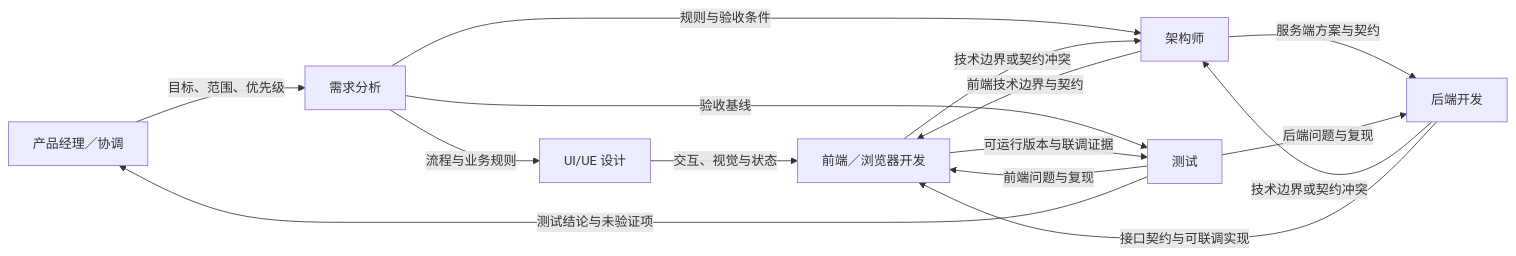
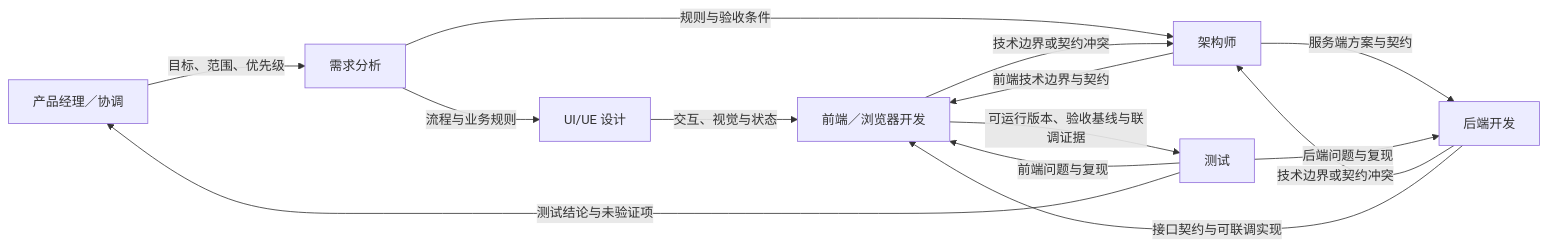
Before and after one commit to shenmuegit/mixcat: the diagram in docs/design/2026-10-22-web-product-team-workflow.md, drawn with Mermaid. The commit also changed other lines of this file and 26 other files, not shown here.

````diff
--- a/docs/design/2026-10-22-web-product-team-workflow.md
+++ b/docs/design/2026-10-22-web-product-team-workflow.md
@@ -55,17 +55,16 @@
 ```mermaid
 flowchart LR
     PM["产品经理／协调"] -->|目标、范围、优先级| BA["需求分析"]
     BA -->|流程与业务规则| UX["UI/UE 设计"]
     BA -->|规则与验收条件| AR["架构师"]
     AR -->|服务端方案与契约| BE["后端开发"]
     AR -->|前端技术边界与契约| FE["前端／浏览器开发"]
     BE -->|技术边界或契约冲突| AR
     FE -->|技术边界或契约冲突| AR
-    BA -->|验收基线| QA["测试"]
     UX -->|交互、视觉与状态| FE["前端／浏览器开发"]
     BE -->|接口契约与可联调实现| FE
-    FE -->|可运行版本与联调证据| QA
+    FE -->|可运行版本、验收基线与联调证据| QA["测试"]
     QA -->|前端问题与复现| FE
     QA -->|后端问题与复现| BE
     QA -->|测试结论与未验证项| PM
 ```
````
